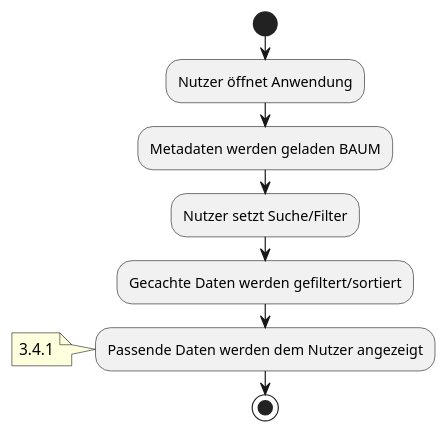
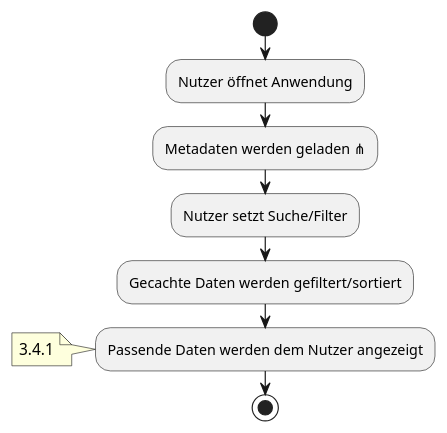
Diagram 20 of 20 in wiki/topics/Inkremente/00/Anforderungsanalyse.md (SoftwareEngineeringOne/wiki), drawn with PlantUML before and after one commit. The commit also changed other lines of this file, not shown here.

````diff
--- a/wiki/topics/Inkremente/00/Anforderungsanalyse.md
+++ b/wiki/topics/Inkremente/00/Anforderungsanalyse.md
@@ -636,13 +636,13 @@
 ```plantuml
 @startuml
 
 start
 :Nutzer öffnet Anwendung;
-:Metadaten werden geladen BAUM;
+:Metadaten werden geladen ⋔;
 :Nutzer setzt Suche/Filter;
 :Gecachte Daten werden gefiltert/sortiert;
 :Passende Daten werden dem Nutzer angezeigt;
 note: 3.4.1
 stop
 @enduml
 ```
````
